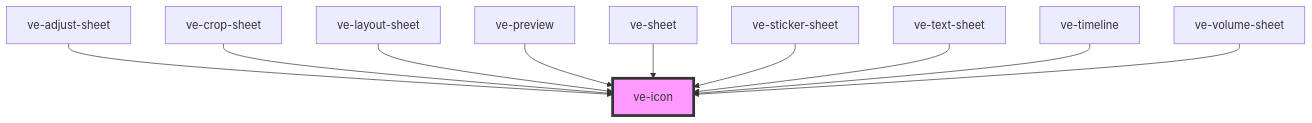
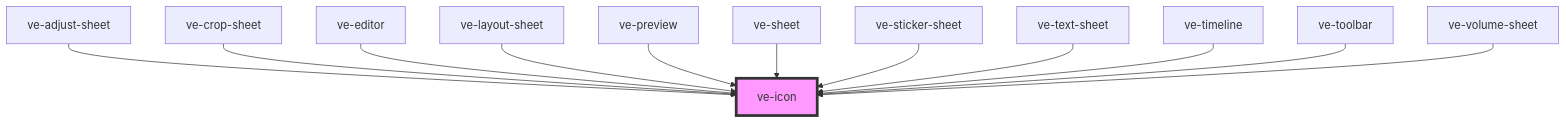
The diagram in src/components/ve-icon/readme.md (dotnetdreamer/capacitor-video-kit), drawn with Mermaid before and after one commit. The commit also changed other lines of this file and 38 other files, not shown here.

````diff
--- a/src/components/ve-icon/readme.md
+++ b/src/components/ve-icon/readme.md
@@ -45,13 +47,15 @@
 ```mermaid
 graph TD;
   ve-adjust-sheet --> ve-icon
   ve-crop-sheet --> ve-icon
+  ve-editor --> ve-icon
   ve-layout-sheet --> ve-icon
   ve-preview --> ve-icon
   ve-sheet --> ve-icon
   ve-sticker-sheet --> ve-icon
   ve-text-sheet --> ve-icon
   ve-timeline --> ve-icon
+  ve-toolbar --> ve-icon
   ve-volume-sheet --> ve-icon
   style ve-icon fill:#f9f,stroke:#333,stroke-width:4px
 ```
````
